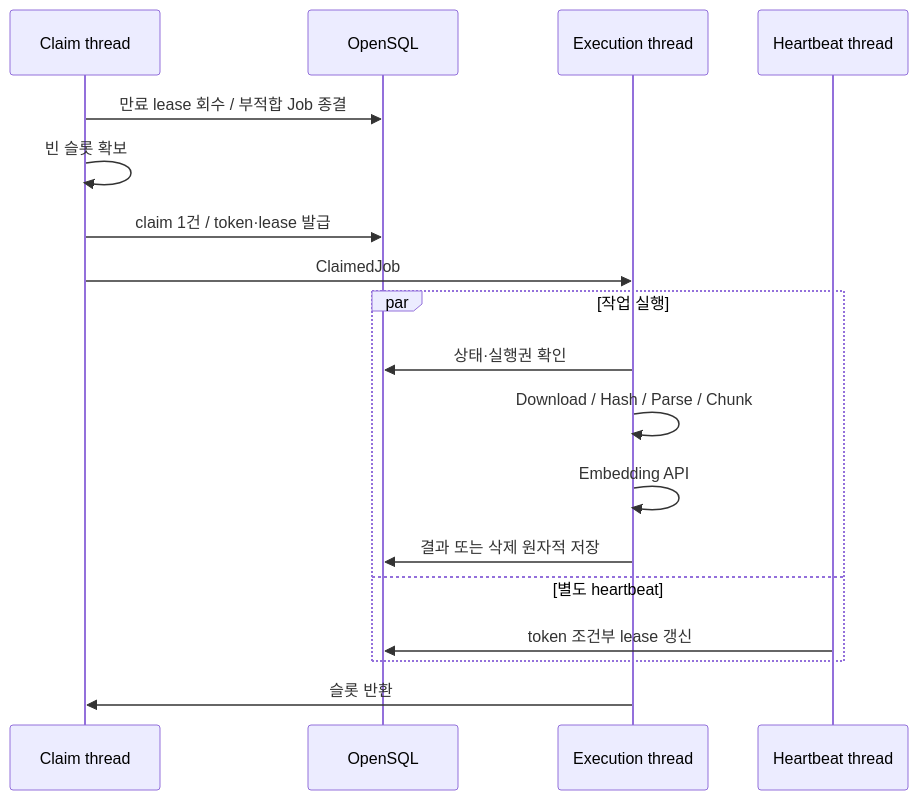
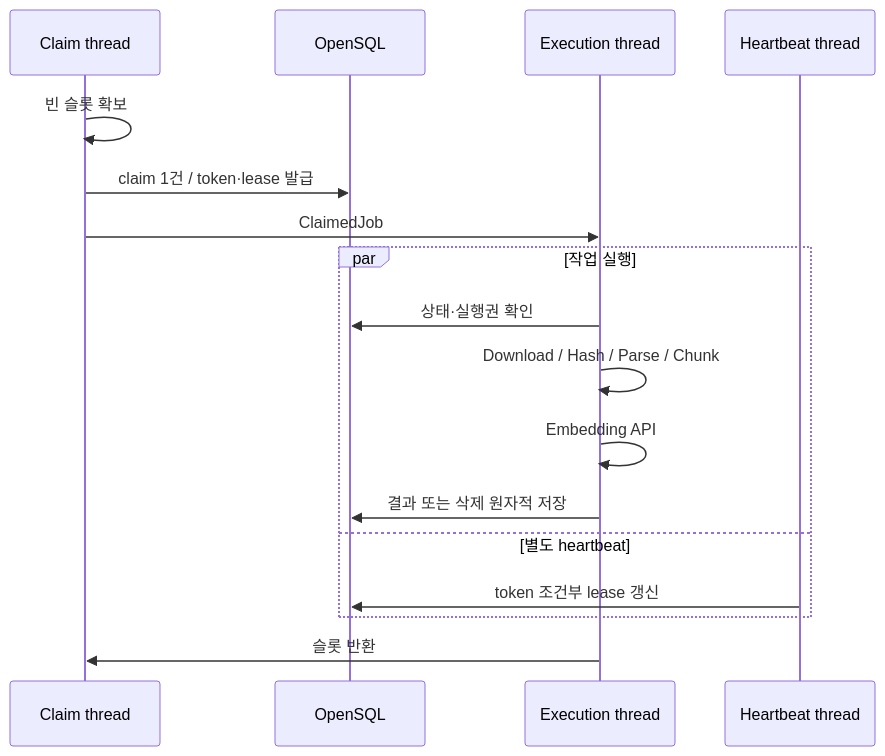
Before and after one commit to mash-up-kr/spr1n6-osscontest-worker: the diagram in docs/PROCESSING_MODEL.md, drawn with Mermaid. The commit also changed other lines of this file and 7 other files, not shown here.

````diff
--- a/docs/PROCESSING_MODEL.md
+++ b/docs/PROCESSING_MODEL.md
@@ -20,20 +21,19 @@
 ```mermaid
 sequenceDiagram
     participant C as Claim thread
     participant DB as OpenSQL
     participant E as Execution thread
     participant H as Heartbeat thread
-    C->>DB: 만료 lease 회수 / 부적합 Job 종결
     C->>C: 빈 슬롯 확보
     C->>DB: claim 1건 / token·lease 발급
     C->>E: ClaimedJob
     par 작업 실행
         E->>DB: 상태·실행권 확인
         E->>E: Download / Hash / Parse / Chunk
         E->>E: Embedding API
         E->>DB: 결과 또는 삭제 원자적 저장
     and 별도 heartbeat
         H->>DB: token 조건부 lease 갱신
     end
     E->>C: 슬롯 반환
 ```
````
